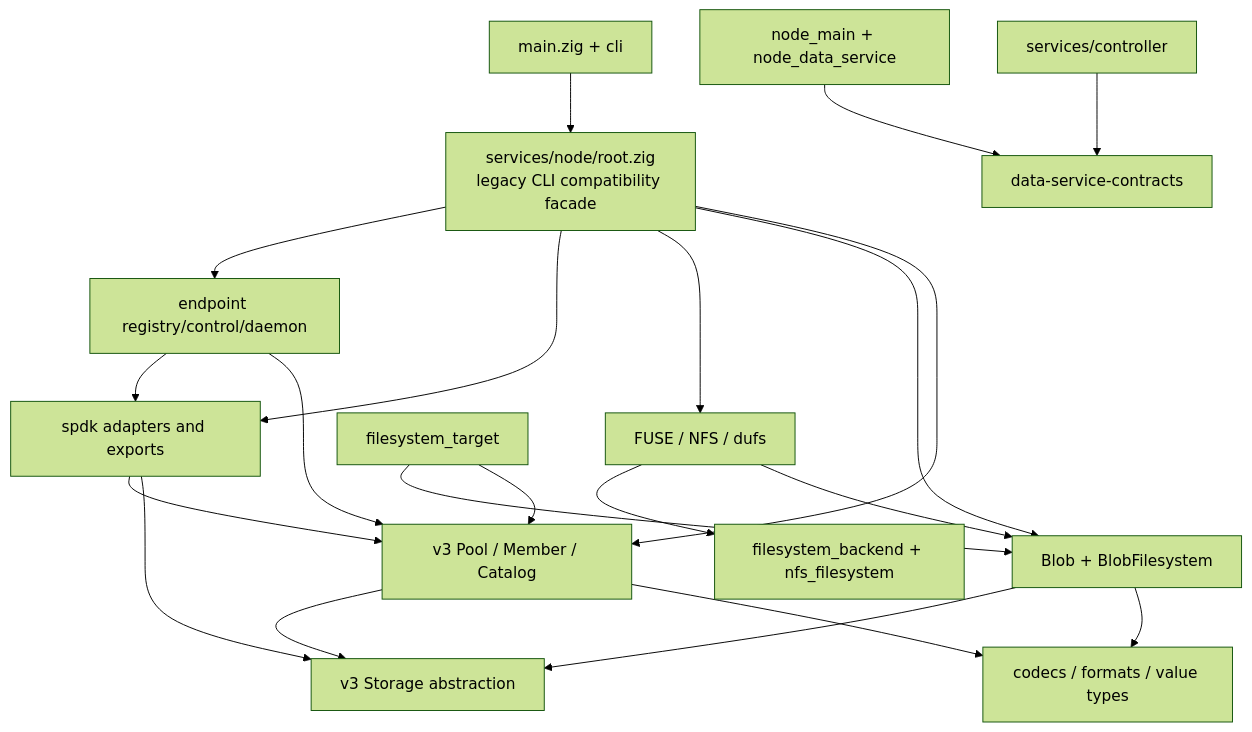
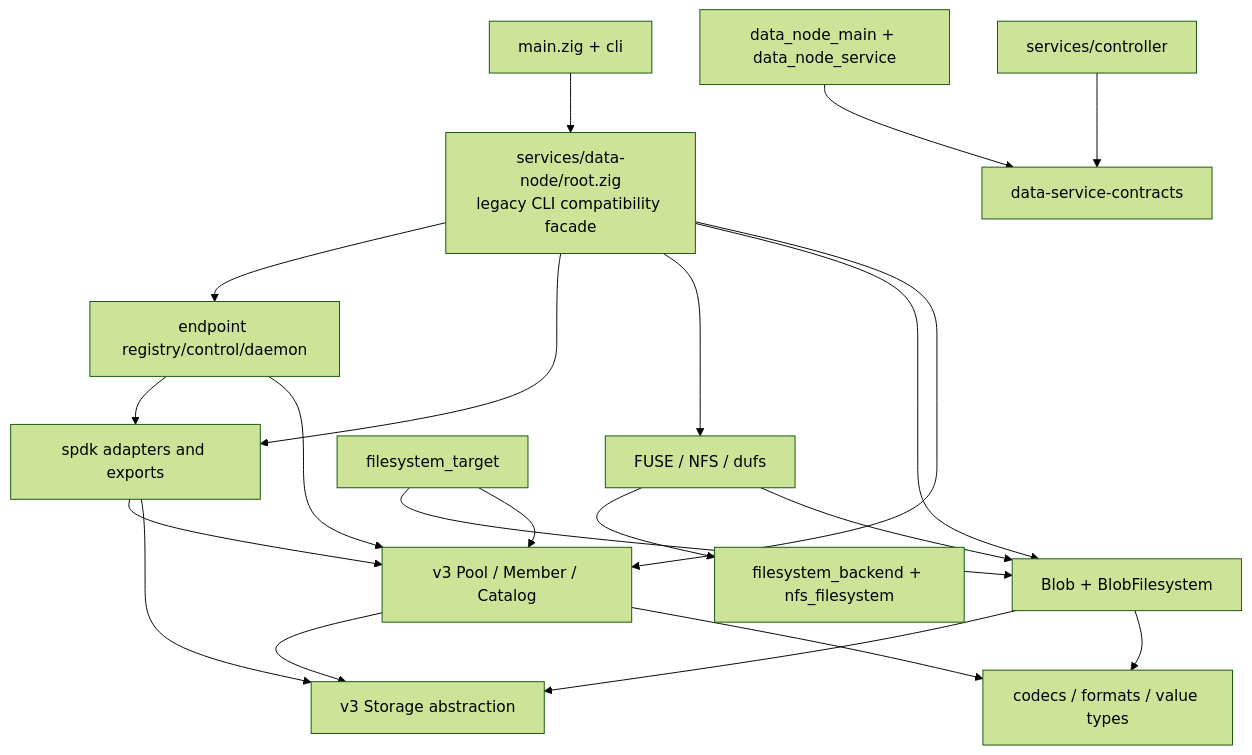
One commit to fanyang89/zettide changed the first of 2 diagrams in docs/architecture/zh-CN/component-dependencies.md. Above: the diagram before and after it, drawn with Mermaid (forest theme). The commit also changed other lines of this file and 115 other files, not shown here.

First line of the commit message:
refactor: rename node service to data node

````diff
--- a/docs/architecture/zh-CN/component-dependencies.md
+++ b/docs/architecture/zh-CN/component-dependencies.md
@@ -91,38 +91,38 @@
 ```mermaid
 flowchart TD
-    ROOT[services/node/root.zig<br/>legacy CLI compatibility facade]
+    ROOT[services/data-node/root.zig<br/>legacy CLI compatibility facade]
     CLI[main.zig + cli]
-    NODE[node_main + node_data_service]
+    NODE[data_node_main + data_node_service]
     ENDPOINT[endpoint registry/control/daemon]
     SPDK[spdk adapters and exports]
     FRONTEND[FUSE / NFS / dufs]
     FSPORT[filesystem_backend + nfs_filesystem]
     FSTARGET[filesystem_target]
     BLOB[Blob + BlobFilesystem]
     POOL[v3 Pool / Member / Catalog]
     STORAGE[v3 Storage abstraction]
     FORMAT[codecs / formats / value types]
     CONTRACTS[data-service-contracts]
     CONTROLLER[services/controller]
 
     CLI --> ROOT
     ROOT --> ENDPOINT
     ROOT --> SPDK
     ROOT --> FRONTEND
     ROOT --> BLOB
     ROOT --> POOL
     NODE --> CONTRACTS
     CONTROLLER --> CONTRACTS
     ENDPOINT --> SPDK
     ENDPOINT --> POOL
     SPDK --> POOL
     SPDK --> STORAGE
     FRONTEND --> FSPORT
     FRONTEND --> BLOB
     FSTARGET --> BLOB
     FSTARGET --> POOL
     BLOB --> STORAGE
     BLOB --> FORMAT
     POOL --> STORAGE
     POOL --> FORMAT
 ```
````
